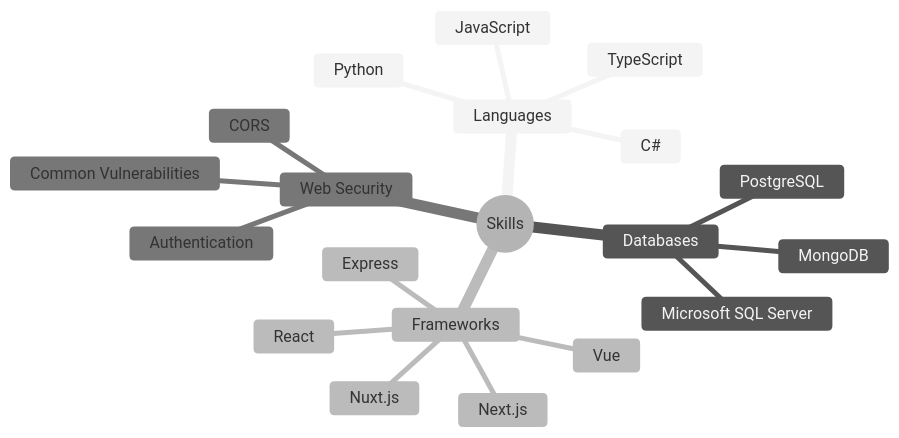
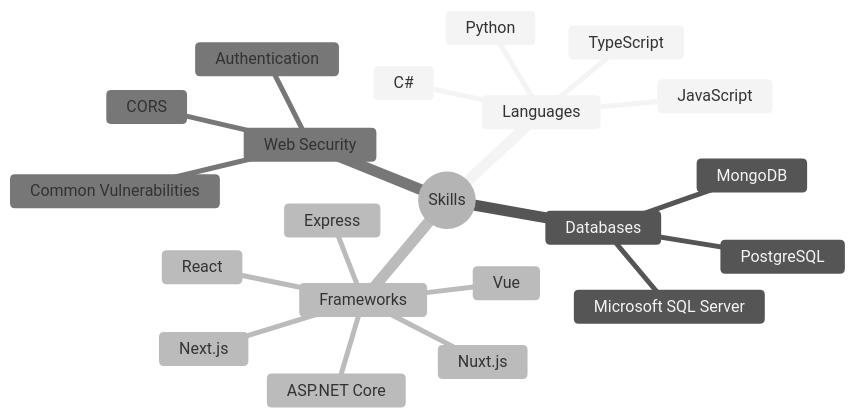
One commit to iapheus/iapheus changed the diagram in README.md. Above: the diagram before and after it, drawn with Mermaid.

````diff
--- a/README.md
+++ b/README.md
@@ -8,24 +8,25 @@
 ```mermaid
 %%{init: {'theme': 'neutral'}}%%
 mindmap
   root((Skills))
     Languages
       JavaScript
       TypeScript
       C#
       Python
     Databases
       PostgreSQL
       Microsoft SQL Server
       MongoDB
     Frameworks
       React
       Vue
       Next.js
       Nuxt.js
       Express
+      ASP.NET Core
     Web Security
       Common Vulnerabilities
       Authentication
       CORS
 ```
````
